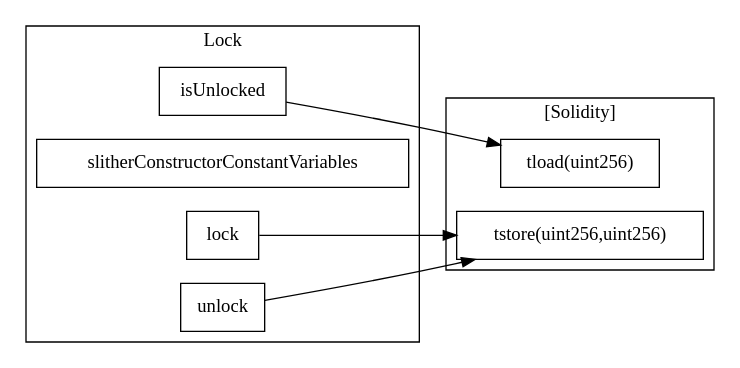
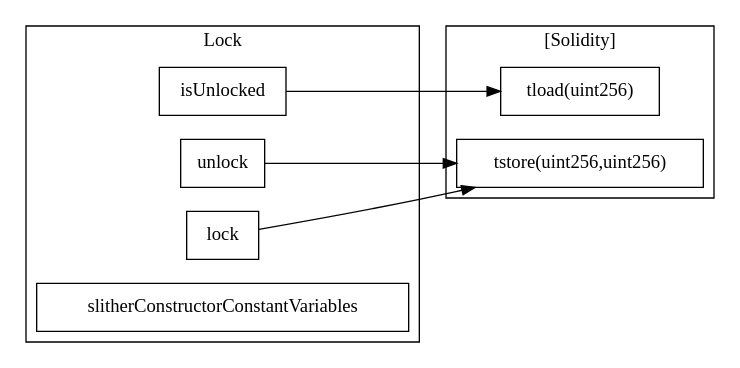
Before and after one commit to quidmints/SPV: the diagram in evm/slither-out/...Lock.call-graph.dot, drawn with Graphviz. The commit also changed 145 other files, not shown here.

```diff
--- a/evm/slither-out/...Lock.call-graph.dot
+++ b/evm/slither-out/...Lock.call-graph.dot
@@ -1,18 +1,18 @@
 strict digraph {
 rankdir="LR"
 node [shape=box]
-subgraph cluster_12592_Lock {
+subgraph cluster_18843_Lock {
 label = "Lock"
-"12592_isUnlocked" [label="isUnlocked"]
-"12592_slitherConstructorConstantVariables" [label="slitherConstructorConstantVariables"]
-"12592_lock" [label="lock"]
-"12592_unlock" [label="unlock"]
+"18843_isUnlocked" [label="isUnlocked"]
+"18843_unlock" [label="unlock"]
+"18843_lock" [label="lock"]
+"18843_slitherConstructorConstantVariables" [label="slitherConstructorConstantVariables"]
 }subgraph cluster_solidity {
 label = "[Solidity]"
 "tload(uint256)" 
 "tstore(uint256,uint256)" 
-"12592_isUnlocked" -> "tload(uint256)"
-"12592_unlock" -> "tstore(uint256,uint256)"
-"12592_lock" -> "tstore(uint256,uint256)"
+"18843_isUnlocked" -> "tload(uint256)"
+"18843_lock" -> "tstore(uint256,uint256)"
+"18843_unlock" -> "tstore(uint256,uint256)"
 }
 }
```
